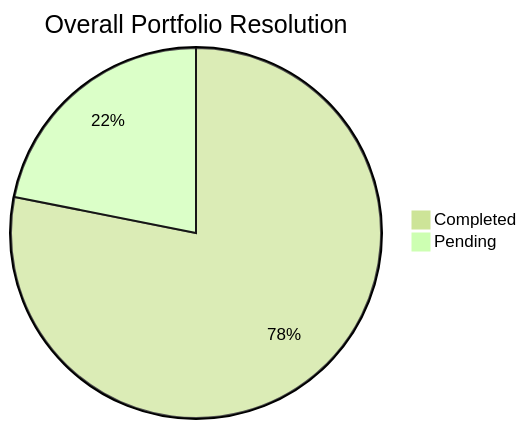
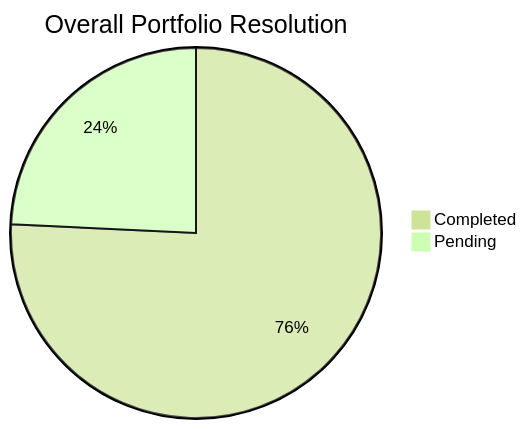
One commit to sagarms97/MyWorkDairy changed the diagram in Global_Summary.md. Above: the diagram before and after it, drawn with Mermaid (forest theme). The commit also changed other lines of this file and 2 other files, not shown here.

````diff
--- a/Global_Summary.md
+++ b/Global_Summary.md
@@ -12,5 +12,5 @@
 ```mermaid
 pie title Overall Portfolio Resolution
     "Completed" : 25
-    "Pending" : 7
+    "Pending" : 8
 ```
````
